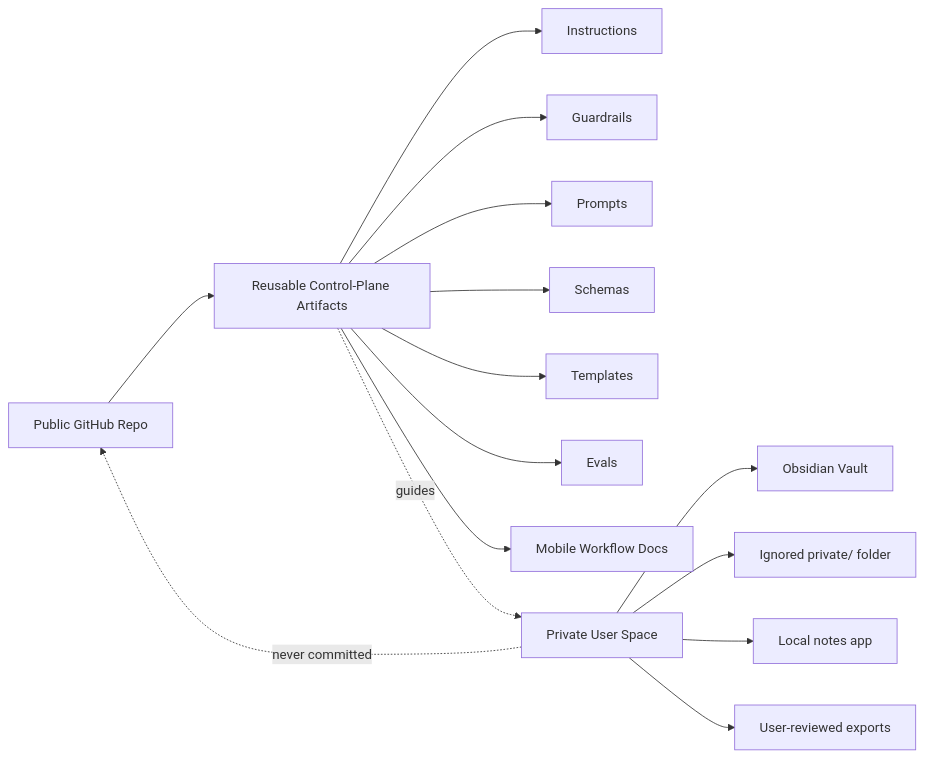
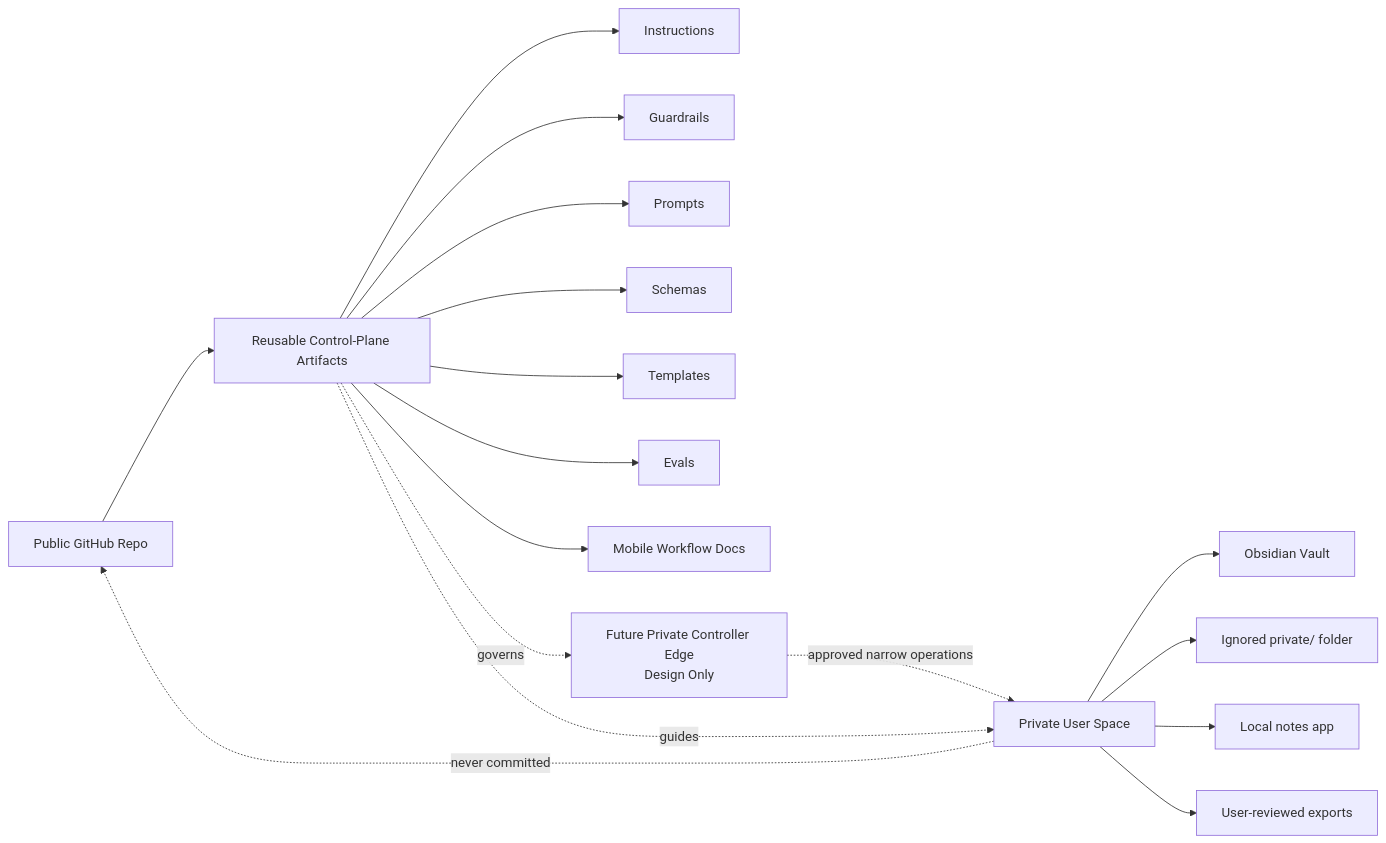
The diagram in docs/architecture.md (ElvinMorales/journal-agent), drawn with Mermaid before and after one commit. The commit also changed other lines of this file and 15 other files, not shown here.

Commit message:
docs: add future controller contract (#23)

````diff
--- a/docs/architecture.md
+++ b/docs/architecture.md
@@ -11,19 +13,22 @@
 ```mermaid
 flowchart LR
     A[Public GitHub Repo] --> B[Reusable Control-Plane Artifacts]
     B --> B1[Instructions]
     B --> B2[Guardrails]
     B --> B3[Prompts]
     B --> B4[Schemas]
     B --> B5[Templates]
     B --> B6[Evals]
     B --> B7[Mobile Workflow Docs]
 
     C[Private User Space] --> C1[Obsidian Vault]
     C --> C2[Ignored private/ folder]
     C --> C3[Local notes app]
     C --> C4[User-reviewed exports]
 
+    D[Future Private Controller Edge<br/>Design Only] -. approved narrow operations .-> C
+    B -. governs .-> D
+
     B -. guides .-> C
     C -. never committed .-> A
 ```
````
